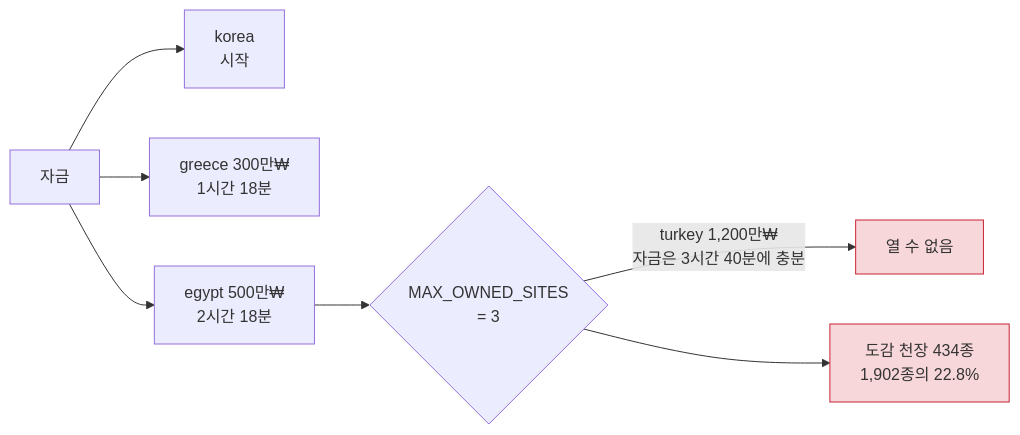
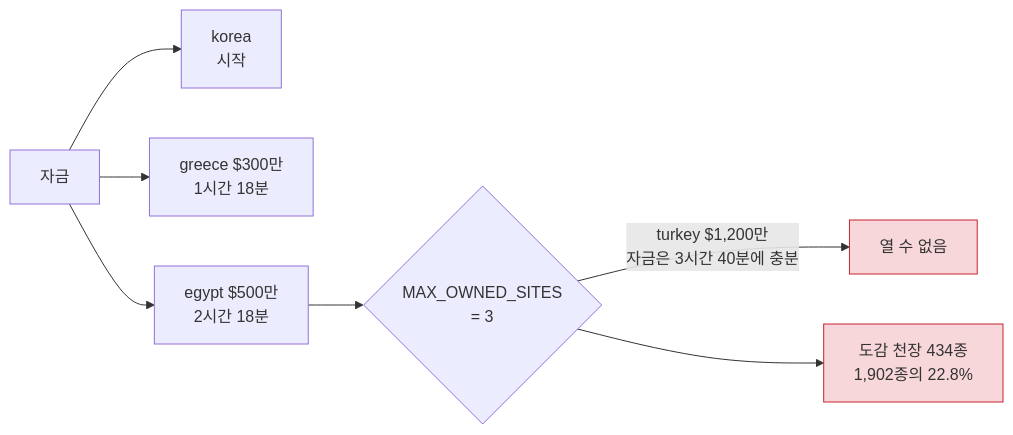
The fifth of 6 diagrams in projects/relic-king/notes/play-first-10h.md (buildon99x/proto), drawn with Mermaid before and after one commit. The commit also changed other lines of this file and 24 other files, not shown here.

````diff
--- a/projects/relic-king/notes/play-first-10h.md
+++ b/projects/relic-king/notes/play-first-10h.md
@@ -359,12 +359,12 @@
 ```mermaid
 flowchart LR
     f["자금"] --> u1["korea<br/>시작"]
-    f --> u2["greece 300만₩<br/>1시간 18분"]
-    f --> u3["egypt 500만₩<br/>2시간 18분"]
+    f --> u2["greece $300만<br/>1시간 18분"]
+    f --> u3["egypt $500만<br/>2시간 18분"]
     u3 --> cap{"MAX_OWNED_SITES<br/>= 3"}
-    cap -->|"turkey 1,200만₩<br/>자금은 3시간 40분에 충분"| blocked["열 수 없음"]
+    cap -->|"turkey $1,200만<br/>자금은 3시간 40분에 충분"| blocked["열 수 없음"]
     cap --> ceiling["도감 천장 434종<br/>1,902종의 22.8%"]
 
     style blocked fill:#f8d7da,stroke:#c82333
     style ceiling fill:#f8d7da,stroke:#c82333
 ```
````
